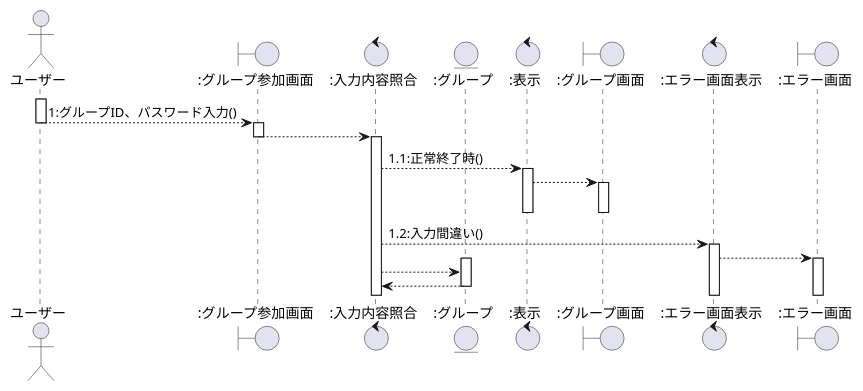
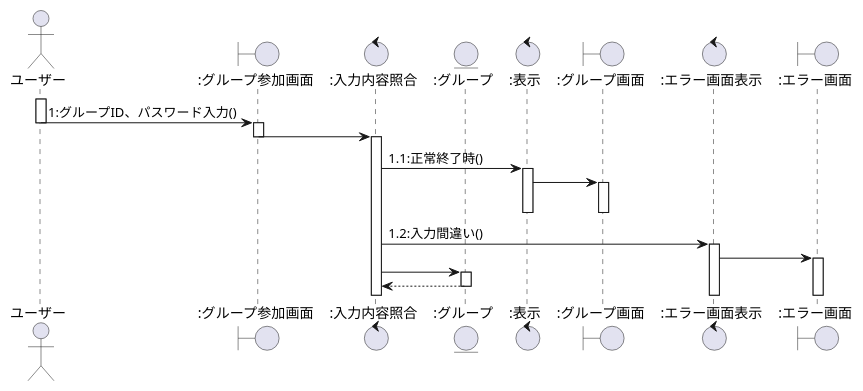
Before and after one commit to ksw2270227/GroupF: the second of 6 diagrams in user2_sequence.plantuml, drawn with PlantUML. The commit also changed other lines of this file and 1 other file, not shown here.

```diff
--- a/user2_sequence.plantuml
+++ b/user2_sequence.plantuml
@@ -34,32 +34,32 @@
 @startuml グループ参加シーケンス図
 actor ユーザー as 0
 boundary ":グループ参加画面" as a
 control ":入力内容照合" as b
 entity ":グループ" as c
 control ":表示" as d
 boundary ":グループ画面" as e
 control ":エラー画面表示" as f
 boundary ":エラー画面" as g
 
 activate 0
-    0 --> a:1:グループID、パスワード入力()
+    0 -> a:1:グループID、パスワード入力()
     deactivate 0
     activate a
-    a --> b
+    a -> b
     deactivate a
     activate b
-    b --> d:1.1:正常終了時()
+    b -> d:1.1:正常終了時()
     activate d
-    d --> e
+    d -> e
     activate e
     deactivate e
     deactivate d
-    b --> f:1.2:入力間違い()
+    b -> f:1.2:入力間違い()
     activate f
-    f --> g
+    f -> g
     activate g
+    b -> c
     activate c
-    b --> c
     c --> b
     deactivate c 
 @enduml
```
